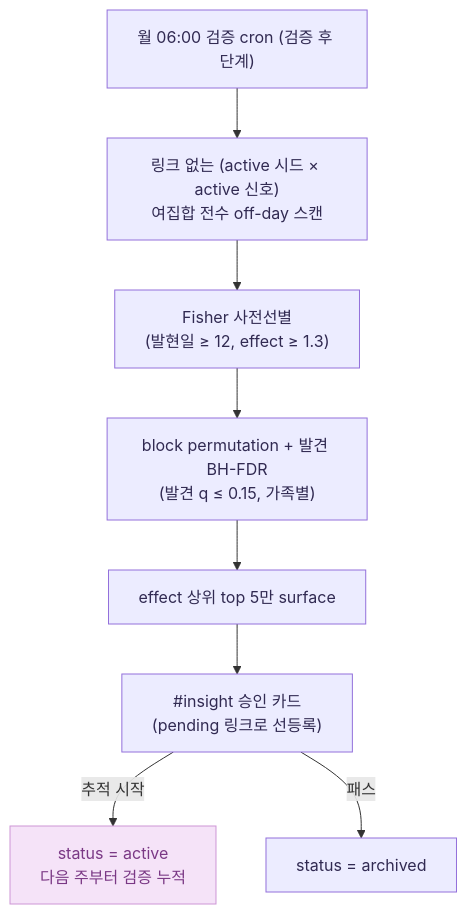
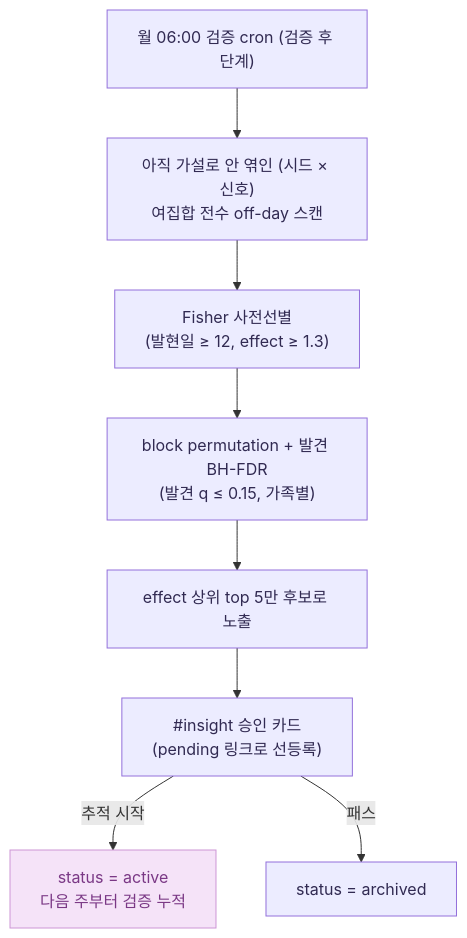
One commit to hyewon3938/slack-ai-agents changed the fifth of 8 diagrams in docs/explainers/insight-v2.md. Above: the diagram before and after it, drawn with Mermaid. The commit also changed other lines of this file, not shown here.

````diff
--- a/docs/explainers/insight-v2.md
+++ b/docs/explainers/insight-v2.md
@@ -285,15 +284,15 @@
 ```mermaid
 flowchart TD
-  A["월 06:00 검증 cron (검증 후 단계)"] --> B["링크 없는 (active 시드 × active 신호)<br/>여집합 전수 off-day 스캔"]
+  A["월 06:00 검증 cron (검증 후 단계)"] --> B["아직 가설로 안 엮인 (시드 × 신호)<br/>여집합 전수 off-day 스캔"]
   B --> C["Fisher 사전선별<br/>(발현일 ≥ 12, effect ≥ 1.3)"]
   C --> D["block permutation + 발견 BH-FDR<br/>(발견 q ≤ 0.15, 가족별)"]
-  D --> E["effect 상위 top 5만 surface"]
+  D --> E["effect 상위 top 5만 후보로 노출"]
   E --> F["#insight 승인 카드<br/>(pending 링크로 선등록)"]
   F -->|추적 시작| G["status = active<br/>다음 주부터 검증 누적"]
   F -->|패스| H["status = archived"]
 
   classDef flowBox fill:#ECECFF,stroke:#9370DB,color:#312A52
   classDef hypothesisNode fill:#F5E3F8,stroke:#CD96D5,color:#7A3885
   class A,B,C,D,E,F,H flowBox
   class G hypothesisNode
 ```
````
